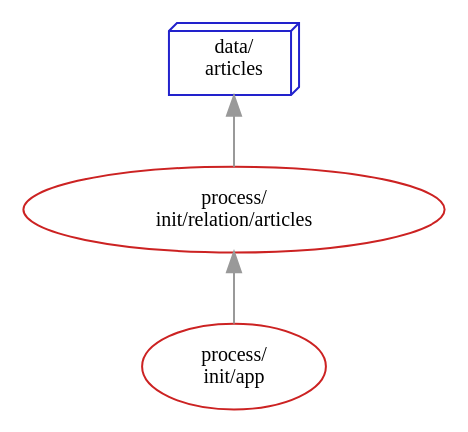
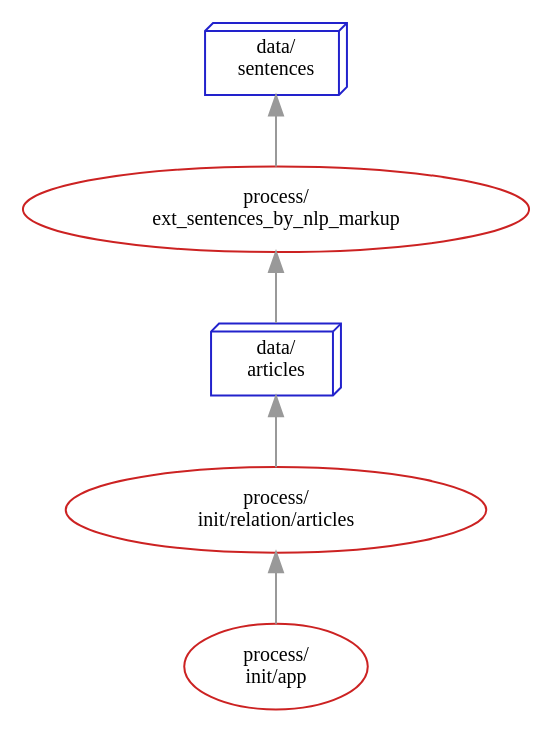
One commit to USCDataScience/PlanetaryIR changed the diagram in app/planetaryIR/run/dataflow.dot. Above: the diagram before and after it, drawn with Graphviz. The commit also changed 81 other files, not shown here.

```diff
--- a/app/planetaryIR/run/dataflow.dot
+++ b/app/planetaryIR/run/dataflow.dot
@@ -1,37 +1,57 @@
 
 digraph "planetaryIR data flow" {
     graph[rankdir=BT  # bottom-to-top drawing (or RL/right-to-left may also make sense)
     ];
     node [shape=box
          ,style=dotted
          ,fontsize=10
          ,fontname="Ubuntu Mono,Envy Code R,Oxygen Mono,Consolas,Menlo,Monaco,Andale Mono"
     ];
     edge [color="#999999"];
 
 
 "process/
 init/app" [shape=ellipse  color="#cc2222" style=solid];
 
 "process/
 init/relation/articles" [shape=ellipse  color="#cc2222" style=solid];
 
 "process/
 init/app" -> "process/
 init/relation/articles" [
 label=""
 
 ];
 
+"process/
+ext_sentences_by_nlp_markup" [shape=ellipse  color="#cc2222" style=solid];
+
+"data/
+articles" -> "process/
+ext_sentences_by_nlp_markup" [
+label=""
+
+];
+
 "data/
 articles" [shape=box3d    color="#2222cc" style=solid];
 
 "process/
 init/relation/articles" -> "data/
 articles" [
 label=""
 
 ];
 
+"data/
+sentences" [shape=box3d    color="#2222cc" style=solid];
+
+"process/
+ext_sentences_by_nlp_markup" -> "data/
+sentences" [
+label=""
+
+];
+
 
 }
```
